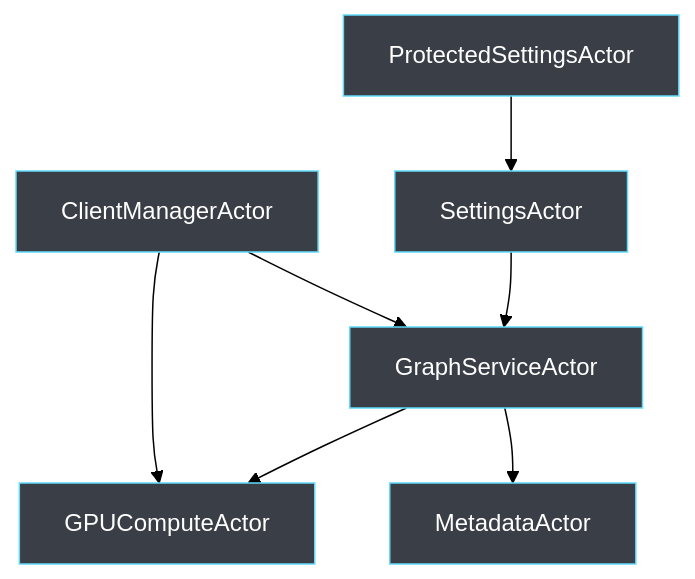
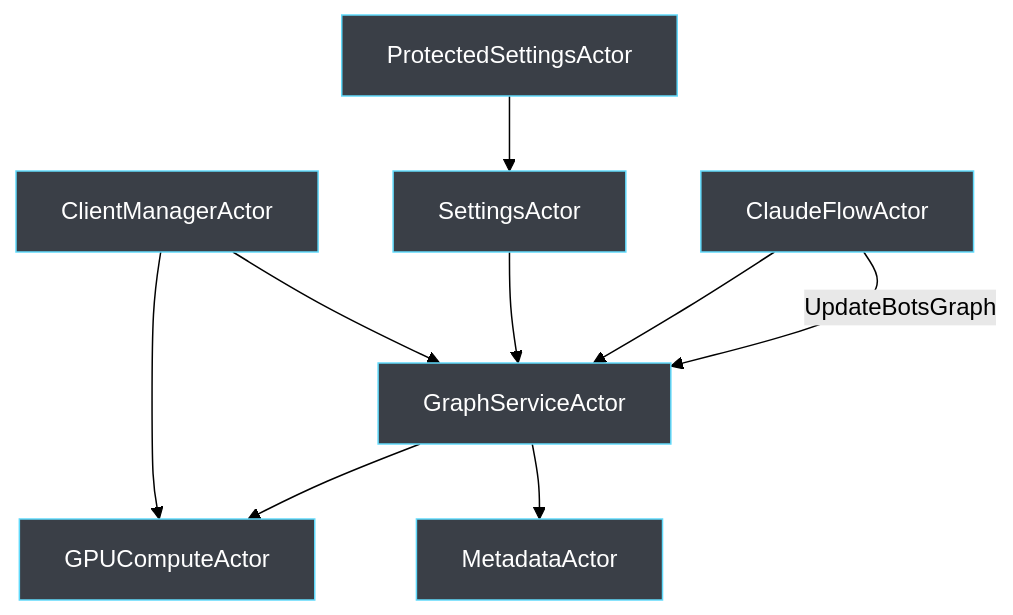
Before and after one commit to DreamLab-AI/VisionFlow: the first of 3 diagrams in docs/server/actors.md, drawn with Mermaid (forest theme). The commit also changed other lines of this file and 116 other files, not shown here.

````diff
--- a/docs/server/actors.md
+++ b/docs/server/actors.md
@@ -11,16 +11,19 @@
 ```mermaid
 graph TB
     CM[ClientManagerActor] --> GS[GraphServiceActor]
     CM --> GPU[GPUComputeActor]
     GS --> GPU
     GS --> MA[MetadataActor]
     SA[SettingsActor] --> GS
     PSA[ProtectedSettingsActor] --> SA
+    CFA[ClaudeFlowActor] --> GS
+    CFA --> |UpdateBotsGraph| GS
     
     style CM fill:#3A3F47,stroke:#61DAFB,color:#FFFFFF
     style GS fill:#3A3F47,stroke:#61DAFB,color:#FFFFFF
     style GPU fill:#3A3F47,stroke:#61DAFB,color:#FFFFFF
     style MA fill:#3A3F47,stroke:#61DAFB,color:#FFFFFF
     style SA fill:#3A3F47,stroke:#61DAFB,color:#FFFFFF
     style PSA fill:#3A3F47,stroke:#61DAFB,color:#FFFFFF
+    style CFA fill:#3A3F47,stroke:#61DAFB,color:#FFFFFF
 ```
````
